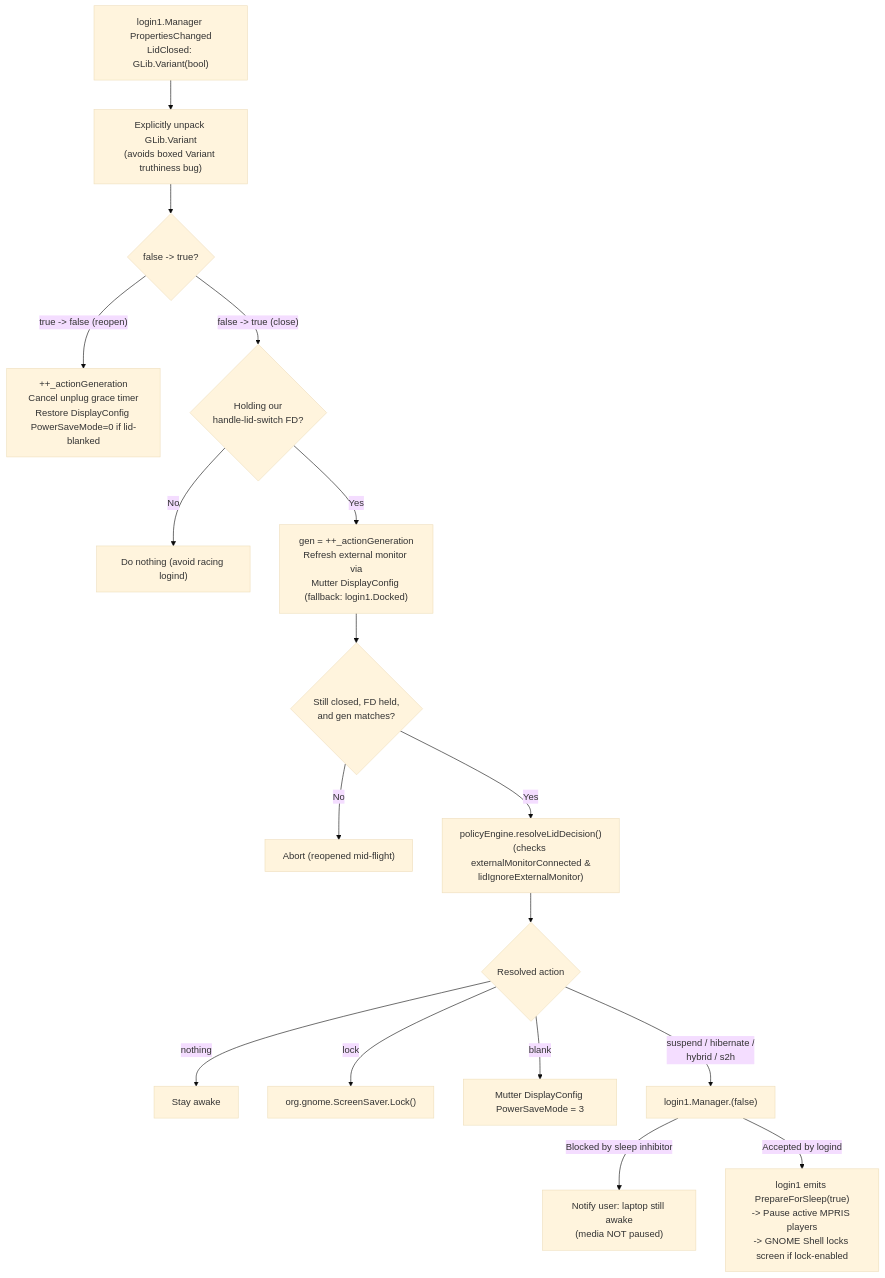
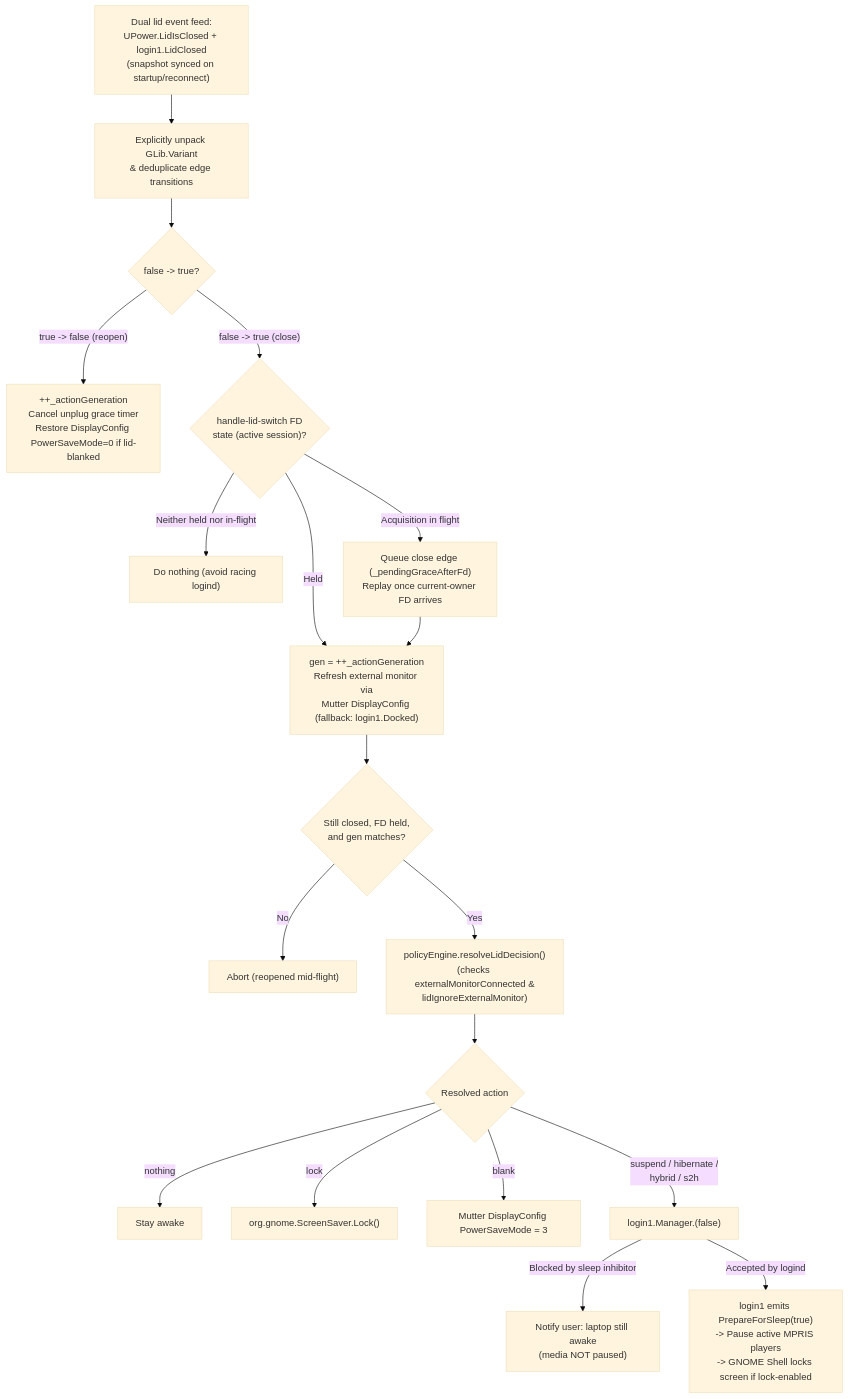
The third of 3 diagrams in docs/architecture.md (Uripeer3/gnome-power-states), drawn with Mermaid (base theme) before and after one commit. The commit also changed 10 other files, not shown here.

Commit message:
Defer incomplete battery startup readings, fix partial legacy migration cleanup, seed UPower lid snapshots, and refresh logind sleep capabilities

````diff
--- a/docs/architecture.md
+++ b/docs/architecture.md
@@ -71,19 +71,21 @@
 ```mermaid
 flowchart TD
-    LID["login1.Manager PropertiesChanged<br/>LidClosed: GLib.Variant(bool)"] --> UNPACK["Explicitly unpack GLib.Variant<br/>(avoids boxed Variant truthiness bug)"]
+    LID["Dual lid event feed:<br/>UPower.LidIsClosed + login1.LidClosed<br/>(snapshot synced on startup/reconnect)"] --> UNPACK["Explicitly unpack GLib.Variant<br/>& deduplicate edge transitions"]
     UNPACK --> EDGE{"false -> true?"}
     EDGE -- "true -> false (reopen)" --> OPEN["++_actionGeneration<br/>Cancel unplug grace timer<br/>Restore DisplayConfig PowerSaveMode=0 if lid-blanked"]
-    EDGE -- "false -> true (close)" --> FD{"Holding our<br/>handle-lid-switch FD?"}
-    FD -- No --> SKIP["Do nothing (avoid racing logind)"]
-    FD -- Yes --> MON["gen = ++_actionGeneration<br/>Refresh external monitor via<br/>Mutter DisplayConfig (fallback: login1.Docked)"]
+    EDGE -- "false -> true (close)" --> FD{"handle-lid-switch FD<br/>state (active session)?"}
+    FD -- "Neither held nor in-flight" --> SKIP["Do nothing (avoid racing logind)"]
+    FD -- "Acquisition in flight" --> QUEUE["Queue close edge (_pendingGraceAfterFd)<br/>Replay once current-owner FD arrives"]
+    FD -- "Held" --> MON["gen = ++_actionGeneration<br/>Refresh external monitor via<br/>Mutter DisplayConfig (fallback: login1.Docked)"]
+    QUEUE --> MON
     MON --> VALID{"Still closed, FD held,<br/>and gen matches?"}
     VALID -- No --> ABORT["Abort (reopened mid-flight)"]
     VALID -- Yes --> DEC["policyEngine.resolveLidDecision()<br/>(checks externalMonitorConnected &<br/>lidIgnoreExternalMonitor)"]
     DEC --> EXEC{"Resolved action"}
     EXEC -- nothing --> NOOP["Stay awake"]
     EXEC -- lock --> LOCK["org.gnome.ScreenSaver.Lock()"]
     EXEC -- blank --> BLANK["Mutter DisplayConfig PowerSaveMode = 3"]
     EXEC -- "suspend / hibernate /<br/>hybrid / s2h" --> SLEEP["login1.Manager.<Method>(false)"]
     SLEEP -- "Blocked by sleep inhibitor" --> ERR["Notify user: laptop still awake<br/>(media NOT paused)"]
     SLEEP -- "Accepted by logind" --> PREP["login1 emits PrepareForSleep(true)<br/>-> Pause active MPRIS players<br/>-> GNOME Shell locks screen if lock-enabled"]
 ```
````
